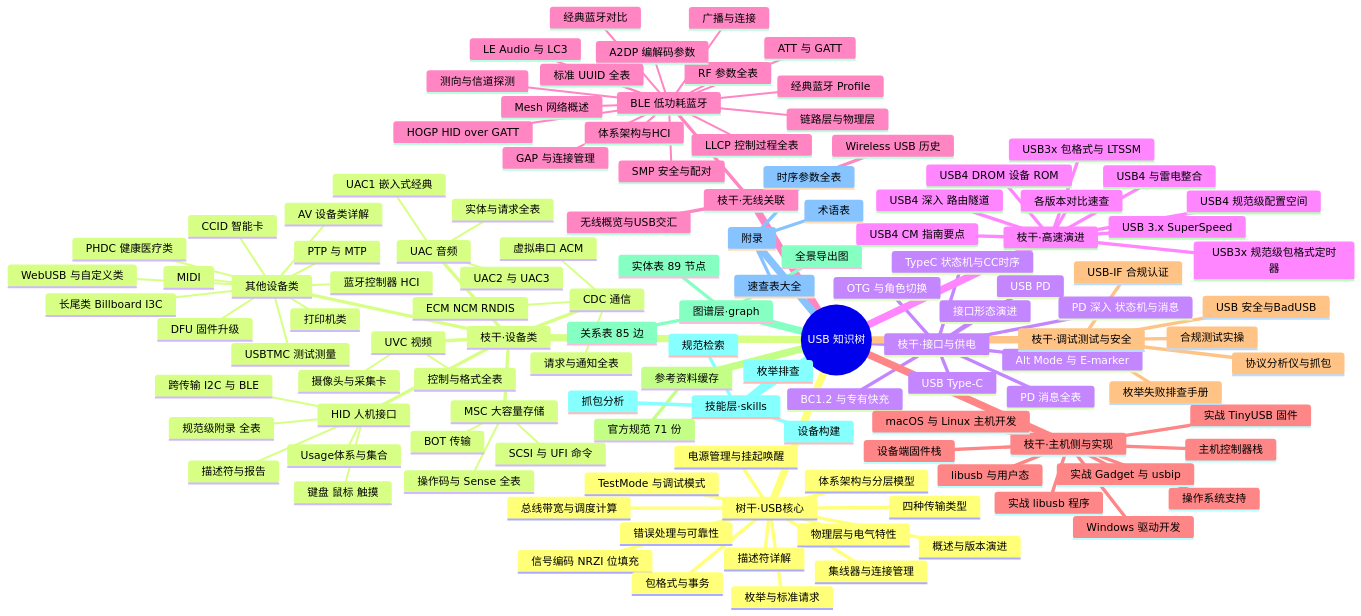
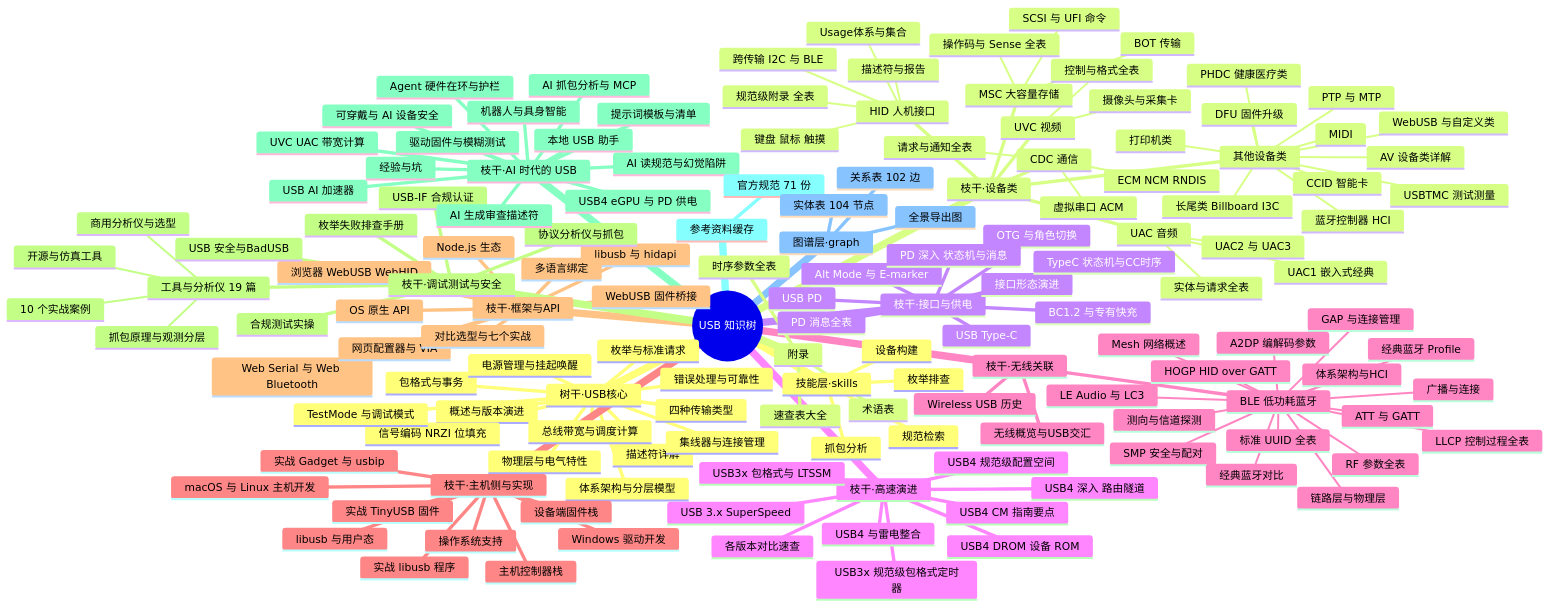
The first of 2 diagrams in 00-知识树总图.md (tangjianfang/USBTree), drawn with Mermaid before and after one commit. The commit also changed other lines of this file and 110 other files, not shown here.

First line of the commit message:
feat: 新增工具与分析仪、框架与 API、AI 时代的 USB，并修正 PD/UAC 规范数值 (#7)

```diff
--- a/00-知识树总图.md
+++ b/00-知识树总图.md
@@ -121,17 +121,46 @@
       实战 Gadget 与 usbip
       Windows 驱动开发
       macOS 与 Linux 主机开发
+    枝干·框架与API
+      浏览器 WebUSB WebHID
+      Web Serial 与 Web Bluetooth
+      网页配置器与 VIA
+      Node.js 生态
+      libusb 与 hidapi
+      OS 原生 API
+      多语言绑定
+      WebUSB 固件桥接
+      对比选型与七个实战
     枝干·调试测试与安全
       协议分析仪与抓包
       枚举失败排查手册
       USB-IF 合规认证
       USB 安全与BadUSB
       合规测试实操
+      工具与分析仪 19 篇
+        抓包原理与观测分层
+        商用分析仪与选型
+        开源与仿真工具
+        10 个实战案例
+    枝干·AI 时代的 USB
+      AI 读规范与幻觉陷阱
+      AI 生成审查描述符
+      AI 抓包分析与 MCP
+      驱动固件与模糊测试
+      Agent 硬件在环与护栏
+      USB AI 加速器
+      UVC UAC 带宽计算
+      USB4 eGPU 与 PD 供电
+      机器人与具身智能
+      可穿戴与 AI 设备安全
+      提示词模板与清单
+      经验与坑
+      本地 USB 助手
     参考资料缓存
       官方规范 71 份
     图谱层·graph
-      实体表 89 节点
-      关系表 85 边
+      实体表 104 节点
+      关系表 102 边
       全景导出图
     技能层·skills
       枚举排查
```
